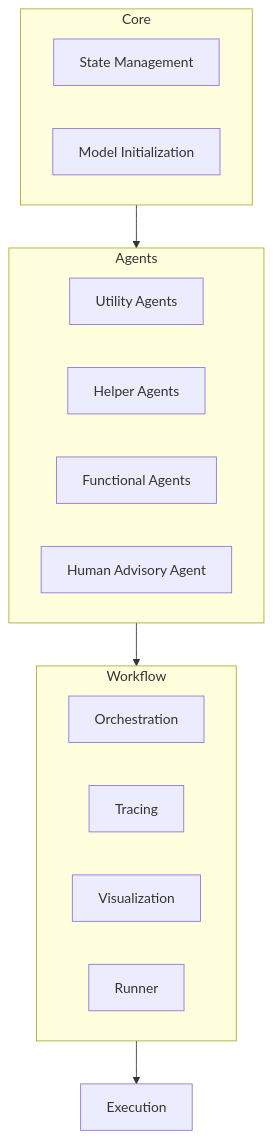
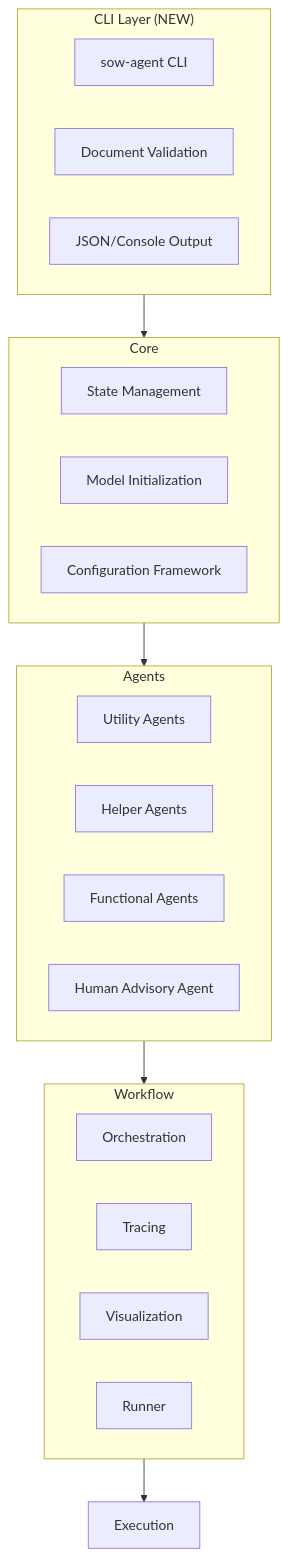
One commit to LePingu/agent-playground changed the first of 3 diagrams in memory-bank/systemPatterns.md. Above: the diagram before and after it, drawn with Mermaid. The commit also changed other lines of this file and 11 other files, not shown here.

````diff
--- a/memory-bank/systemPatterns.md
+++ b/memory-bank/systemPatterns.md
@@ -7,25 +7,33 @@
 ```mermaid
 graph TD
+    subgraph CLI["CLI Layer (NEW)"]
+        CLICommand[sow-agent CLI]
+        CLIValidation[Document Validation]
+        CLIOutput[JSON/Console Output]
+    end
+    
     subgraph Core
         State[State Management]
         Models[Model Initialization]
+        Config[Configuration Framework]
     end
     
     subgraph Agents
         UtilityAgents[Utility Agents]
         HelperAgents[Helper Agents]
         FunctionalAgents[Functional Agents]
         AdvisoryAgent[Human Advisory Agent]
     end
     
     subgraph Workflow
         Orchestration[Orchestration]
         Tracing[Tracing]
         Visualization[Visualization]
         Runner[Runner]
     end
     
+    CLI --> Core
     Core --> Agents
     Agents --> Workflow
     Workflow --> Execution[Execution]
 ```
````
